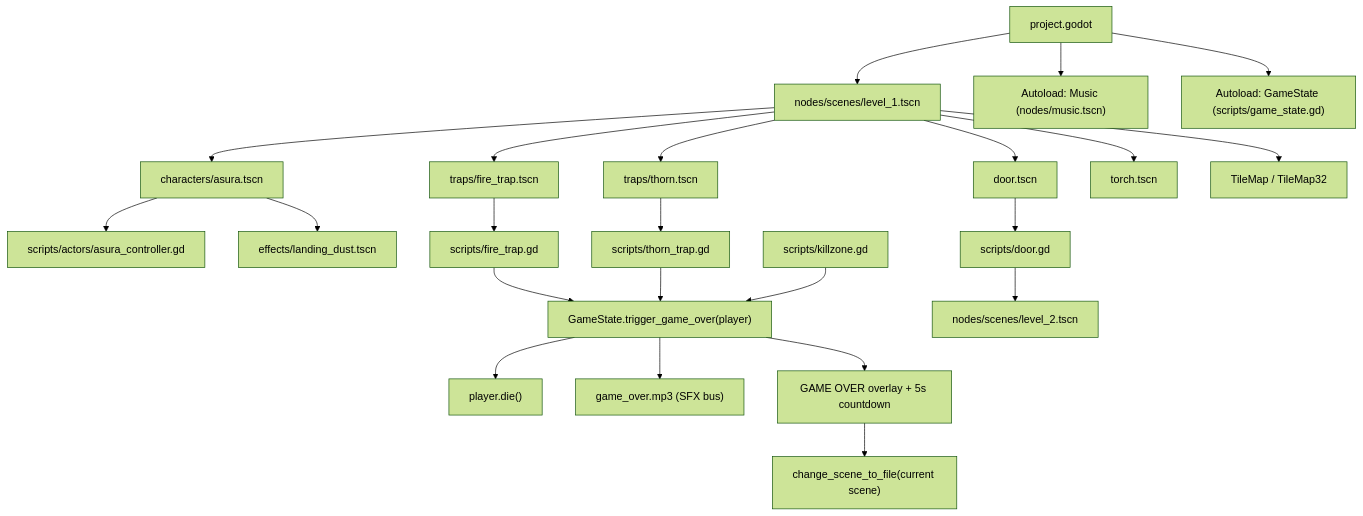
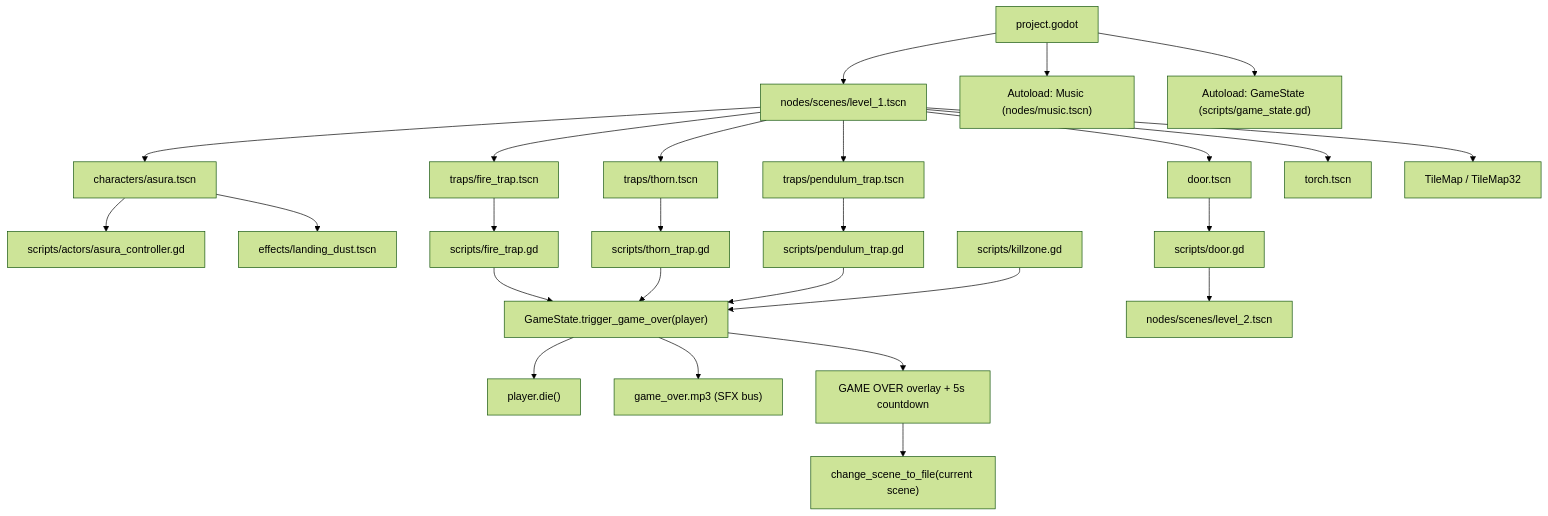
One commit to vietanhyoyo/dungeon_traps changed the diagram in docs/ARCHITECTURE.md. Above: the diagram before and after it, drawn with Mermaid (forest theme). The commit also changed other lines of this file and 27 other files, not shown here.

````diff
--- a/docs/ARCHITECTURE.md
+++ b/docs/ARCHITECTURE.md
@@ -17,30 +17,33 @@
 ```mermaid
 flowchart TD
   Project["project.godot"] --> Main["nodes/scenes/level_1.tscn"]
   Project --> Music["Autoload: Music (nodes/music.tscn)"]
   Project --> GameState["Autoload: GameState (scripts/game_state.gd)"]
 
   Main --> Asura["characters/asura.tscn"]
   Main --> Door["door.tscn"]
   Main --> Fire["traps/fire_trap.tscn"]
   Main --> Thorn["traps/thorn.tscn"]
+  Main --> Pendulum["traps/pendulum_trap.tscn"]
   Main --> Torch["torch.tscn"]
   Main --> TileMap["TileMap / TileMap32"]
 
   Asura --> AsuraController["scripts/actors/asura_controller.gd"]
   Asura --> Dust["effects/landing_dust.tscn"]
   Fire --> FireScript["scripts/fire_trap.gd"]
   Thorn --> ThornScript["scripts/thorn_trap.gd"]
+  Pendulum --> PendulumScript["scripts/pendulum_trap.gd"]
   Door --> DoorScript["scripts/door.gd"]
 
   FireScript --> GameOver["GameState.trigger_game_over(player)"]
   ThornScript --> GameOver
+  PendulumScript --> GameOver
   KillzoneScript["scripts/killzone.gd"] --> GameOver
 
   GameOver --> Die["player.die()"]
   GameOver --> Sound["game_over.mp3 (SFX bus)"]
   GameOver --> Overlay["GAME OVER overlay + 5s countdown"]
   Overlay --> Reload["change_scene_to_file(current scene)"]
 
   DoorScript --> Level2["nodes/scenes/level_2.tscn"]
 ```
````
